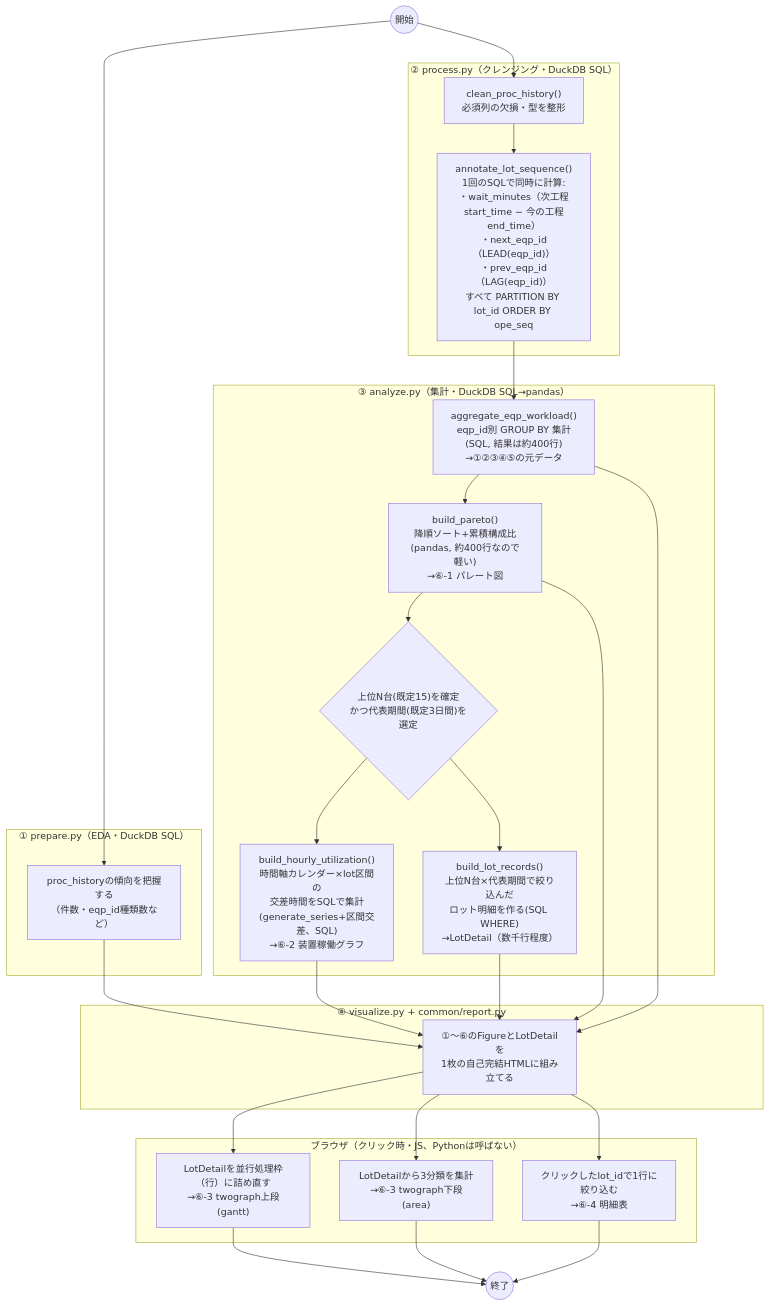
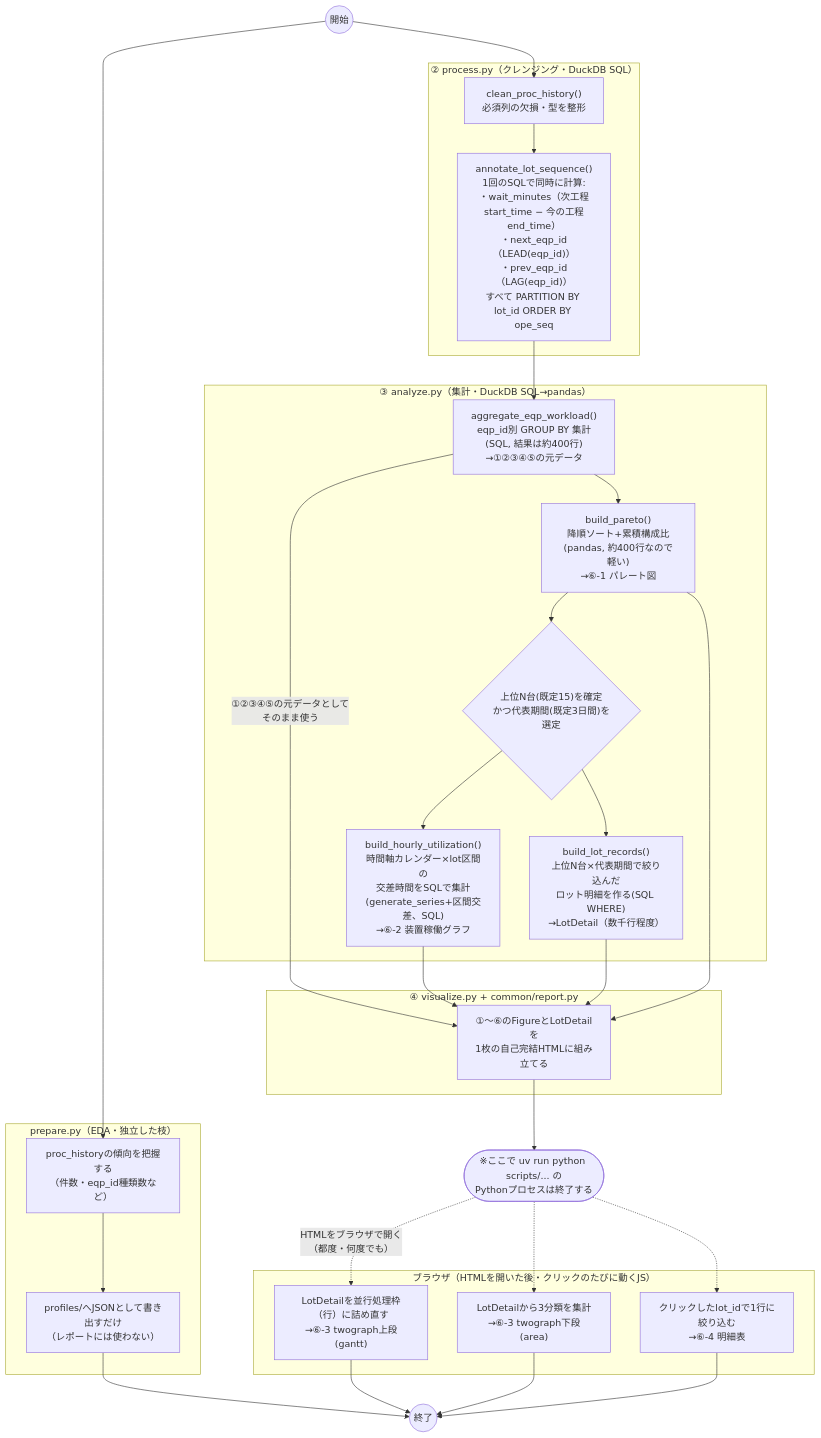
Before and after one commit to mukumuyi/AnalyseTool: the second of 2 diagrams in .steering/20260830-eqp-workload-analysis/design.md, drawn with Mermaid. The commit also changed other lines of this file, not shown here.

````diff
--- a/.steering/20260830-eqp-workload-analysis/design.md
+++ b/.steering/20260830-eqp-workload-analysis/design.md
@@ -169,53 +169,59 @@
 ```mermaid
 flowchart TD
     Start((開始))
 
-    subgraph SW1["① prepare.py（EDA・DuckDB SQL）"]
+    subgraph SW1["prepare.py（EDA・独立した枝）"]
         Prepare["proc_historyの傾向を把握する<br/>（件数・eqp_id種類数など）"]
+        WriteProfile["profiles/へJSONとして書き出すだけ<br/>（レポートには使わない）"]
     end
 
     subgraph SW2["② process.py（クレンジング・DuckDB SQL）"]
         Clean["clean_proc_history()<br/>必須列の欠損・型を整形"]
         Annotate["annotate_lot_sequence()<br/>1回のSQLで同時に計算:<br/>・wait_minutes（次工程start_time − 今の工程end_time）<br/>・next_eqp_id（LEAD(eqp_id)）<br/>・prev_eqp_id（LAG(eqp_id)）<br/>すべて PARTITION BY lot_id ORDER BY ope_seq"]
     end
 
     subgraph SW3["③ analyze.py（集計・DuckDB SQL→pandas）"]
         AggBar["aggregate_eqp_workload()<br/>eqp_id別 GROUP BY 集計<br/>(SQL, 結果は約400行)<br/>→①②③④⑤の元データ"]
         Pareto["build_pareto()<br/>降順ソート+累積構成比<br/>(pandas, 約400行なので軽い)<br/>→⑥-1 パレート図"]
         Decide{"上位N台(既定15)を確定<br/>かつ代表期間(既定3日間)を選定"}
         Hourly["build_hourly_utilization()<br/>時間軸カレンダー×lot区間の<br/>交差時間をSQLで集計<br/>(generate_series+区間交差、SQL)<br/>→⑥-2 装置稼働グラフ"]
         LotDetail["build_lot_records()<br/>上位N台×代表期間で絞り込んだ<br/>ロット明細を作る(SQL WHERE)<br/>→LotDetail（数千行程度）"]
     end
 
     subgraph SW4["④ visualize.py + common/report.py"]
         Assemble["①〜⑥のFigureとLotDetailを<br/>1枚の自己完結HTMLに組み立てる"]
     end
 
-    subgraph SW5["ブラウザ（クリック時・JS、Pythonは呼ばない）"]
+    ProcEnd(["※ここで uv run python scripts/... の<br/>Pythonプロセスは終了する"])
+
+    subgraph SW5["ブラウザ（HTMLを開いた後・クリックのたびに動くJS）"]
         Gantt["LotDetailを並行処理枠（行）に詰め直す<br/>→⑥-3 twograph上段(gantt)"]
         Wip["LotDetailから3分類を集計<br/>→⑥-3 twograph下段(area)"]
         Detail["クリックしたlot_idで1行に絞り込む<br/>→⑥-4 明細表"]
     end
 
     End((終了))
 
     Start --> Prepare
+    Prepare --> WriteProfile
+    WriteProfile --> End
+
     Start --> Clean
     Clean --> Annotate
     Annotate --> AggBar
     AggBar --> Pareto
+    AggBar -->|"①②③④⑤の元データとして<br/>そのまま使う"| Assemble
     Pareto --> Decide
     Decide --> Hourly
     Decide --> LotDetail
     Hourly --> Assemble
     LotDetail --> Assemble
-    AggBar --> Assemble
     Pareto --> Assemble
-    Prepare --> Assemble
-    Assemble --> Gantt
-    Assemble --> Wip
-    Assemble --> Detail
+    Assemble --> ProcEnd
+    ProcEnd -.->|"HTMLをブラウザで開く<br/>（都度・何度でも）"| Gantt
+    ProcEnd -.-> Wip
+    ProcEnd -.-> Detail
     Gantt --> End
     Wip --> End
     Detail --> End
 ```
````
